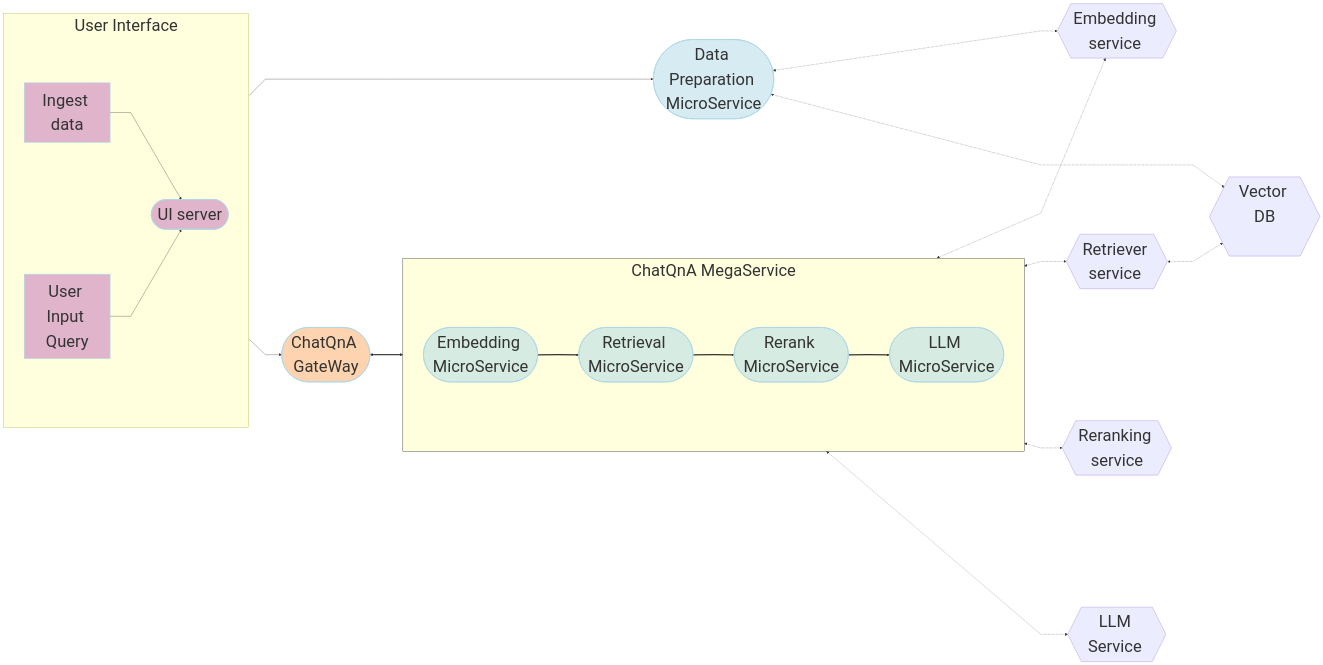
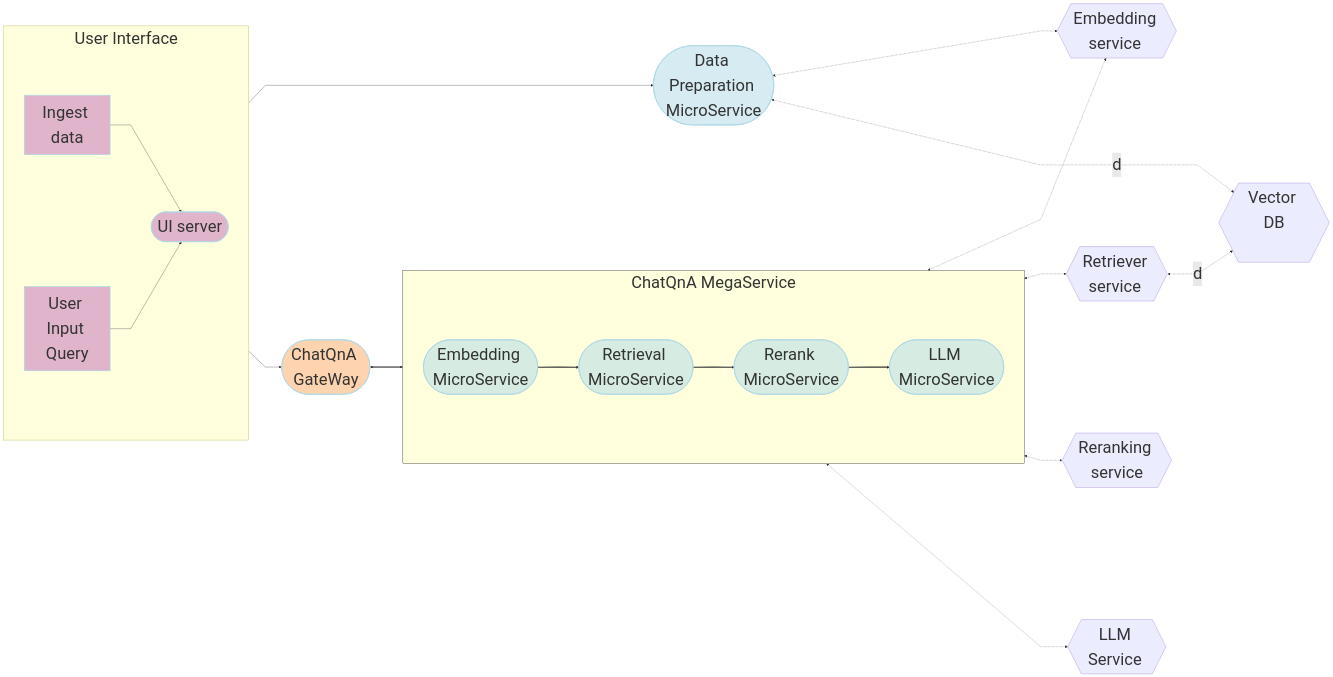
The diagram in ChatQnA/README.md (opea-project/GenAIExamples), drawn with Mermaid before and after one commit. The commit also changed other lines of this file, not shown here.

````diff
--- a/ChatQnA/README.md
+++ b/ChatQnA/README.md
@@ -13,76 +93,73 @@
 ```mermaid
 ---
 config:
   flowchart:
     nodeSpacing: 400
     rankSpacing: 100
     curve: linear
   themeVariables:
     fontSize: 50px
 ---
 flowchart LR
     %% Colors %%
     classDef blue fill:#ADD8E6,stroke:#ADD8E6,stroke-width:2px,fill-opacity:0.5
     classDef orange fill:#FBAA60,stroke:#ADD8E6,stroke-width:2px,fill-opacity:0.5
     classDef orchid fill:#C26DBC,stroke:#ADD8E6,stroke-width:2px,fill-opacity:0.5
     classDef invisible fill:transparent,stroke:transparent;
     style ChatQnA-MegaService stroke:#000000
 
     %% Subgraphs %%
     subgraph ChatQnA-MegaService["ChatQnA MegaService "]
         direction LR
         EM([Embedding MicroService]):::blue
         RET([Retrieval MicroService]):::blue
         RER([Rerank MicroService]):::blue
         LLM([LLM MicroService]):::blue
     end
     subgraph UserInterface[" User Interface "]
         direction LR
         a([User Input Query]):::orchid
         Ingest([Ingest data]):::orchid
         UI([UI server<br>]):::orchid
     end
 
 
 
     TEI_RER{{Reranking service<br>}}
     TEI_EM{{Embedding service <br>}}
     VDB{{Vector DB<br><br>}}
     R_RET{{Retriever service <br>}}
     DP([Data Preparation MicroService]):::blue
     LLM_gen{{LLM Service <br>}}
     GW([ChatQnA GateWay<br>]):::orange
 
     %% Data Preparation flow
     %% Ingest data flow
     direction LR
     Ingest[Ingest data] --> UI
     UI --> DP
     DP <-.-> TEI_EM
 
     %% Questions interaction
     direction LR
     a[User Input Query] --> UI
     UI --> GW
     GW <==> ChatQnA-MegaService
     EM ==> RET
     RET ==> RER
     RER ==> LLM
 
 
     %% Embedding service flow
     direction LR
     EM <-.-> TEI_EM
     RET <-.-> R_RET
     RER <-.-> TEI_RER
     LLM <-.-> LLM_gen
 
     direction TB
     %% Vector DB interaction
-    R_RET <-.->VDB
-    DP <-.->VDB
-
-
-
+    R_RET <-.->|d|VDB
+    DP <-.->|d|VDB
 
 ```
````
